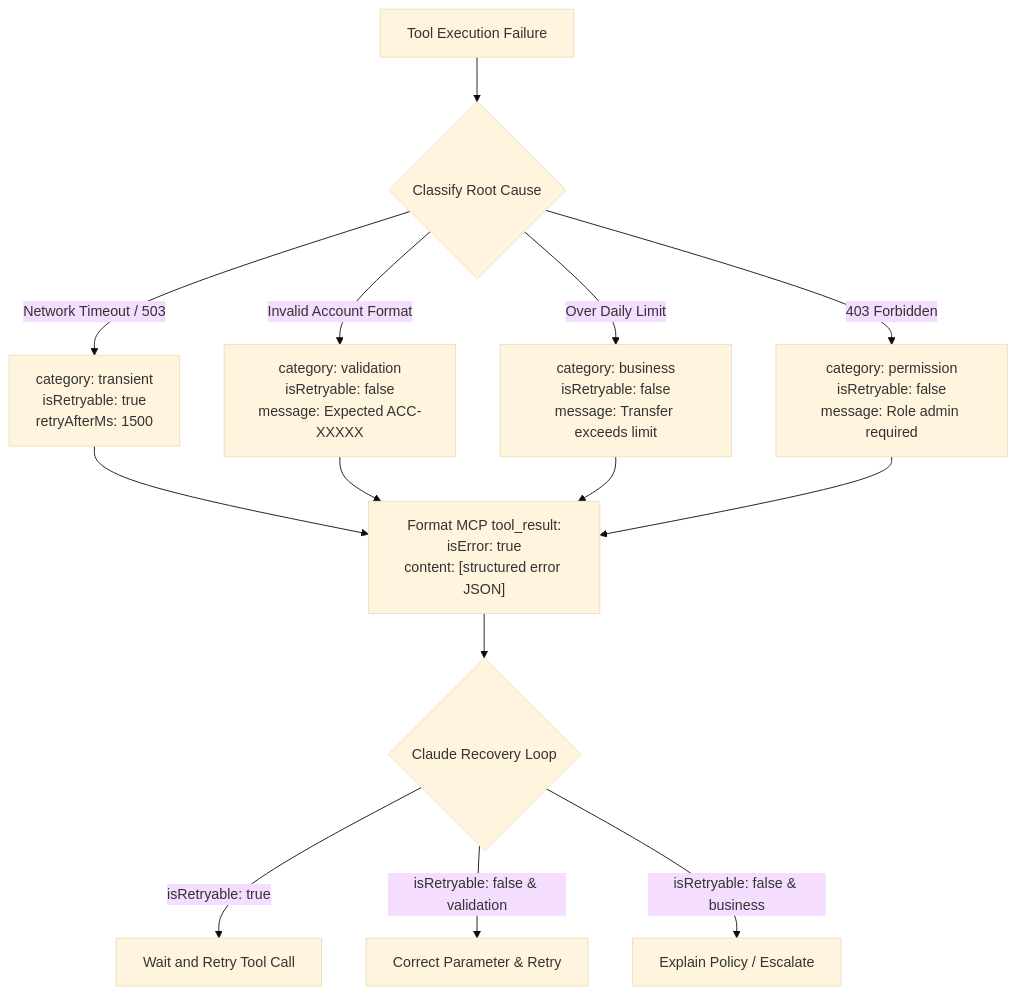
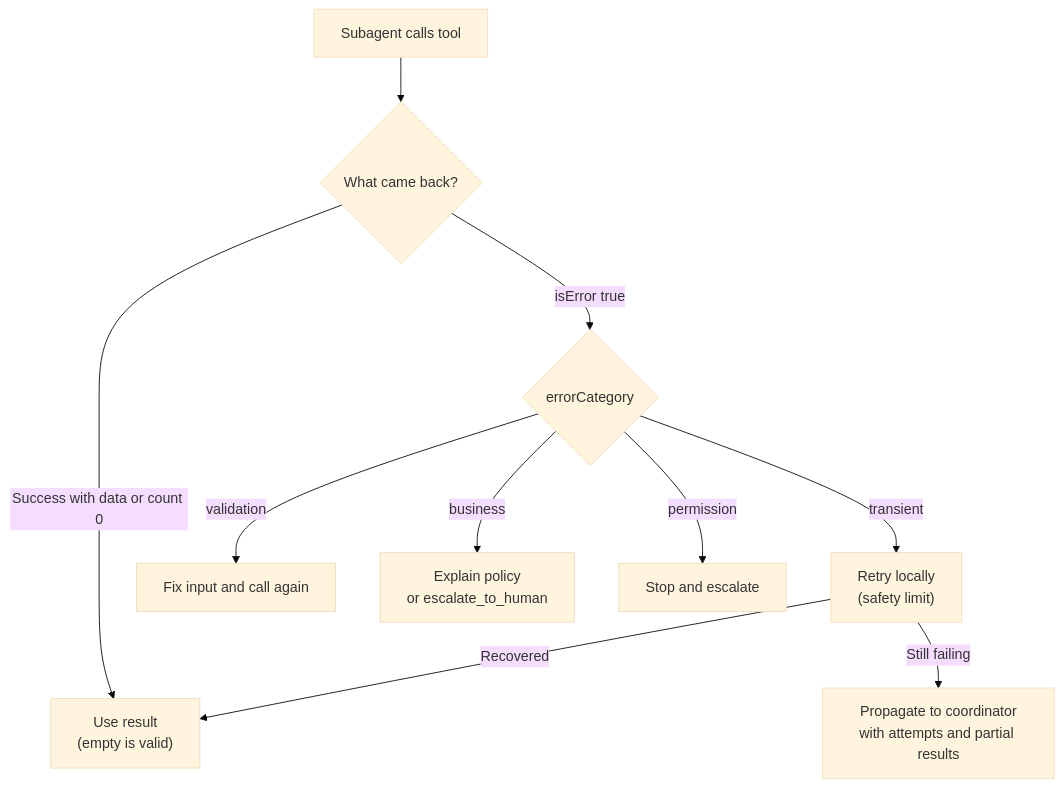
One commit to dip4k/claude_cert_architect_foundation_prep changed the diagram in domain2/ts_2_2_mcp_structured_errors/README.md. Above: the diagram before and after it, drawn with Mermaid (base theme). The commit also changed other lines of this file and 133 other files, not shown here.

````diff
--- a/domain2/ts_2_2_mcp_structured_errors/README.md
+++ b/domain2/ts_2_2_mcp_structured_errors/README.md
@@ -88,19 +77,12 @@
 ```mermaid
 flowchart TD
-    ToolFailure["Tool Execution Failure"] --> ClassifyError{"Classify Root Cause"}
-    
-    ClassifyError -->|"Network Timeout / 503"| Transient["category: transient<br>isRetryable: true<br>retryAfterMs: 1500"]
-    ClassifyError -->|"Invalid Account Format"| Validation["category: validation<br>isRetryable: false<br>message: Expected ACC-XXXXX"]
-    ClassifyError -->|"Over Daily Limit"| Business["category: business<br>isRetryable: false<br>message: Transfer exceeds limit"]
-    ClassifyError -->|"403 Forbidden"| Permission["category: permission<br>isRetryable: false<br>message: Role admin required"]
-    
-    Transient --> MCPPayload["Format MCP tool_result:<br>isError: true<br>content: [structured error JSON]"]
-    Validation --> MCPPayload
-    Business --> MCPPayload
-    Permission --> MCPPayload
-    
-    MCPPayload --> ClaudeRecovery{"Claude Recovery Loop"}
-    ClaudeRecovery -->|"isRetryable: true"| BackoffRetry["Wait and Retry Tool Call"]
-    ClaudeRecovery -->|"isRetryable: false & validation"| FixParam["Correct Parameter & Retry"]
-    ClaudeRecovery -->|"isRetryable: false & business"| EscalateHuman["Explain Policy / Escalate"]
+    Call["Subagent calls tool"] --> Out{"What came back?"}
+    Out -->|"Success with data or count 0"| Ok["Use result<br>(empty is valid)"]
+    Out -->|"isError true"| Cat{"errorCategory"}
+    Cat -->|"transient"| Retry["Retry locally<br>(safety limit)"]
+    Retry -->|"Still failing"| Up["Propagate to coordinator<br>with attempts and partial results"]
+    Retry -->|"Recovered"| Ok
+    Cat -->|"validation"| Fix["Fix input and call again"]
+    Cat -->|"business"| Explain["Explain policy<br>or escalate_to_human"]
+    Cat -->|"permission"| Stop["Stop and escalate"]
 ```
````
